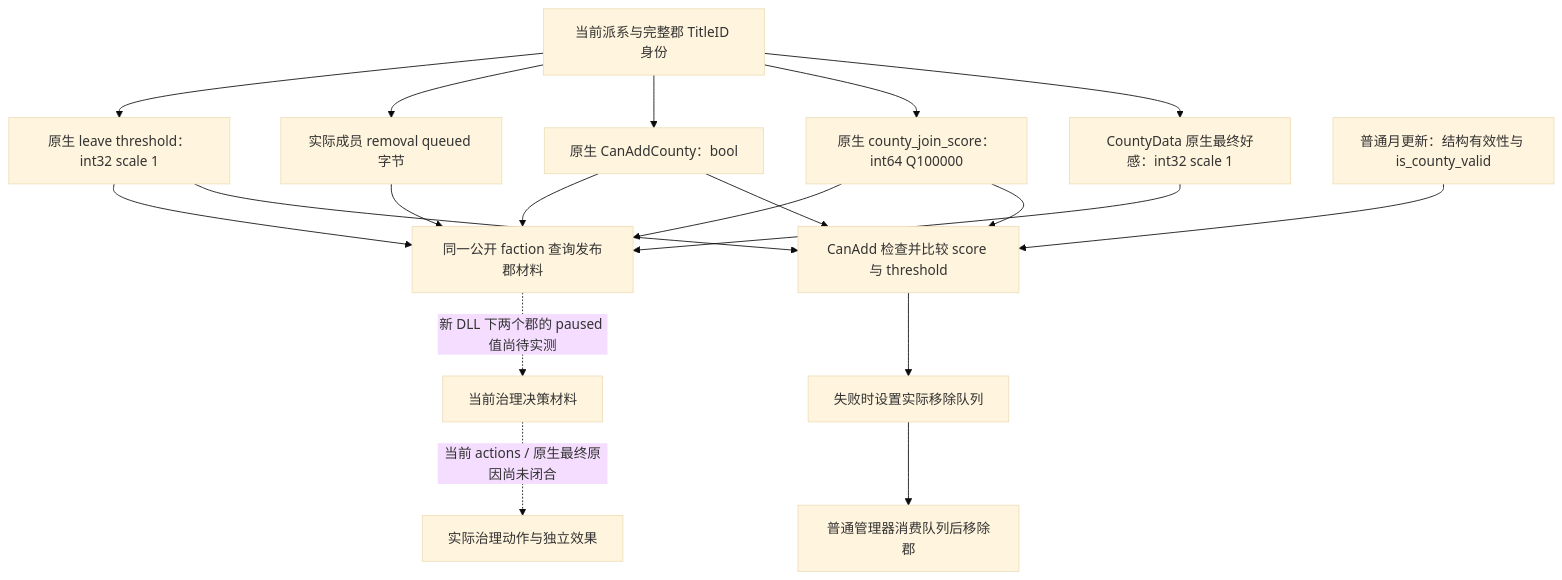
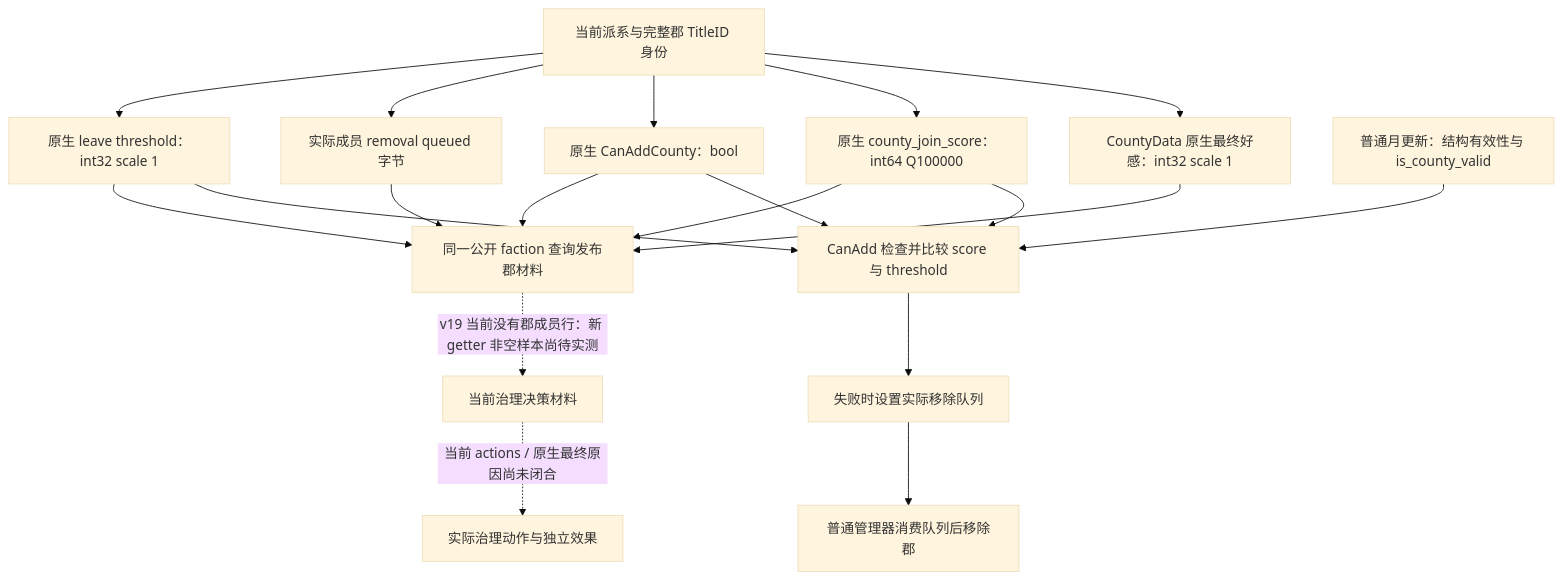
Before and after one commit to XenoAmess/ck3_eternal_recurrence: the diagram in docs/ck3-native-ai/county-faction-material-12003.md, drawn with Mermaid (base theme). The commit also changed other lines of this file and 7 other files, not shown here.

````diff
--- a/docs/ck3-native-ai/county-faction-material-12003.md
+++ b/docs/ck3-native-ai/county-faction-material-12003.md
@@ -17,21 +17,21 @@
 ```mermaid
 flowchart TD
   A[当前派系与完整郡 TitleID 身份] --> O[CountyData 原生最终好感：int32 scale 1]
   A --> S[原生 county_join_score：int64 Q100000]
   A --> E[原生 CanAddCounty：bool]
   A --> Q[实际成员 removal queued 字节]
   A --> T[原生 leave threshold：int32 scale 1]
   V[普通月更新：结构有效性与 is_county_valid] --> M[CanAdd 检查并比较 score 与 threshold]
   E --> M
   S --> M
   T --> M
   M --> R[失败时设置实际移除队列]
   R --> C[普通管理器消费队列后移除郡]
   O --> P[同一公开 faction 查询发布郡材料]
   S --> P
   E --> P
   Q --> P
   T --> P
-  P -. 新 DLL 下两个郡的 paused 值尚待实测 .-> L[当前治理决策材料]
+  P -. v19 当前没有郡成员行：新 getter 非空样本尚待实测 .-> L[当前治理决策材料]
   L -. 当前 actions / 原生最终原因尚未闭合 .-> U[实际治理动作与独立效果]
 ```
````
